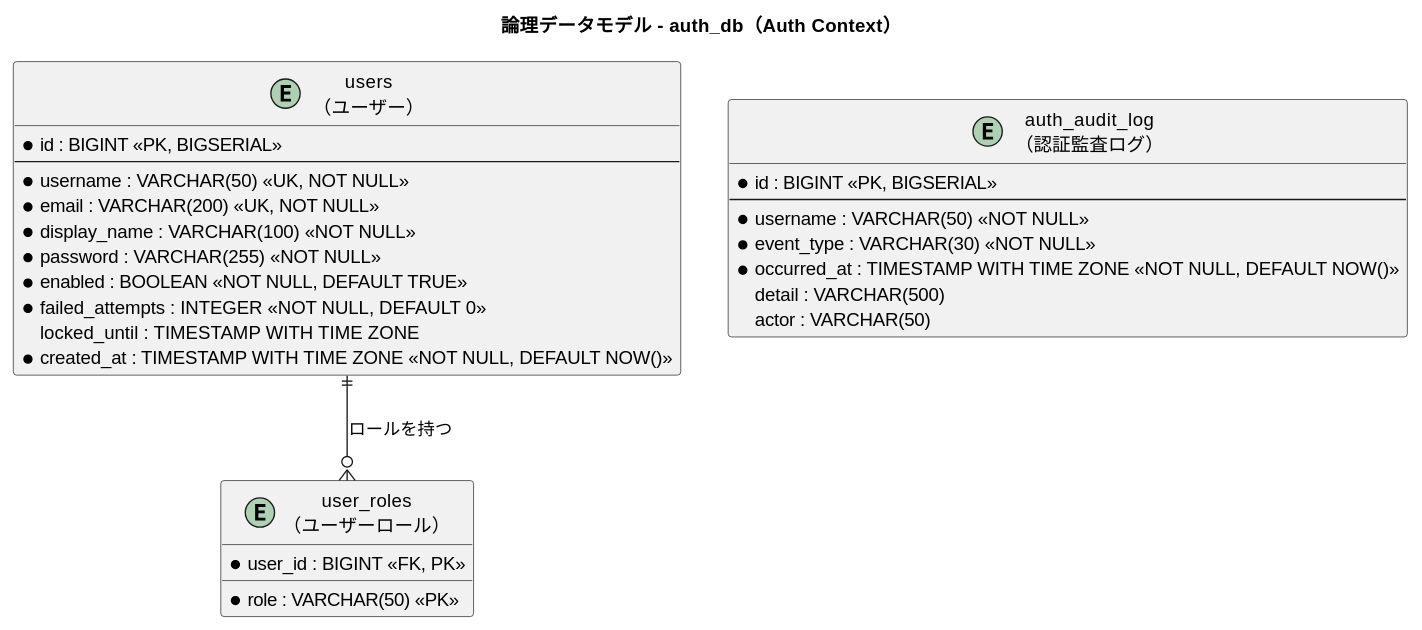
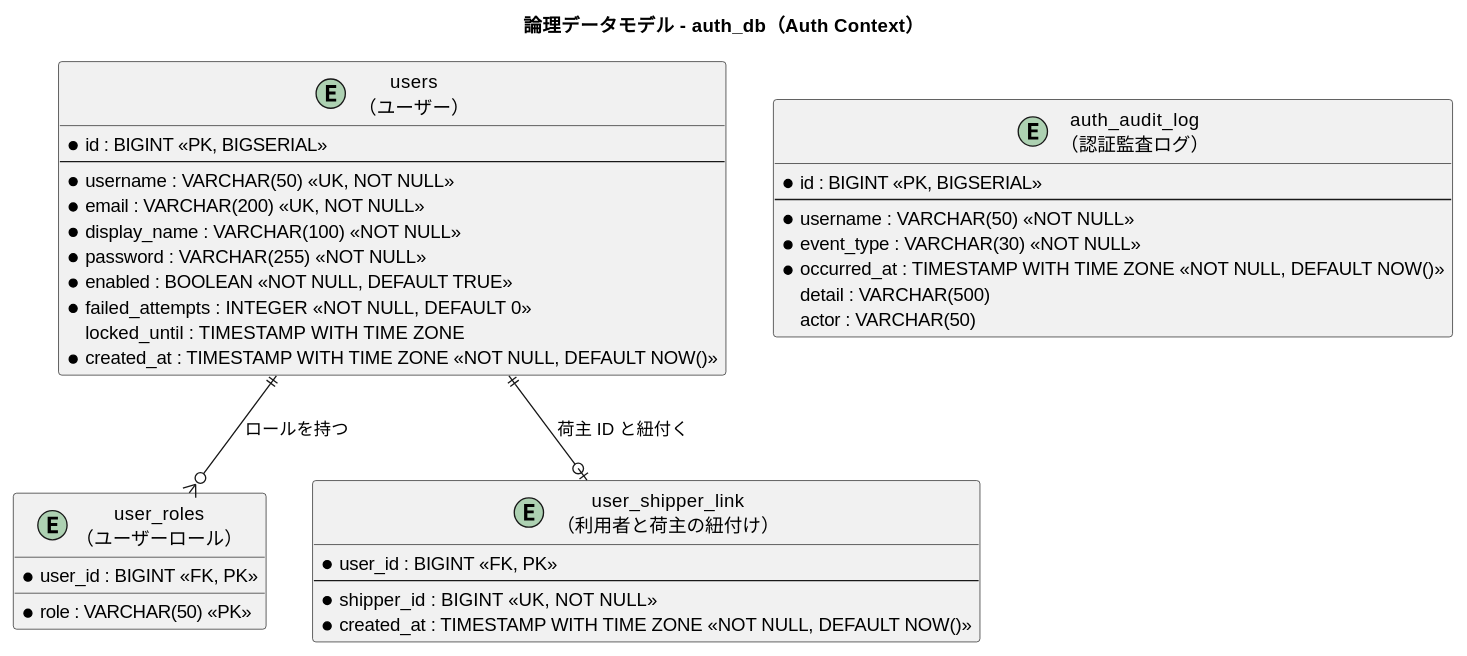
Before and after one commit to k2works/case-study-cargo-tracker: the second of 7 diagrams in docs/design/data-model.md, drawn with PlantUML. The commit also changed other lines of this file and 2 other files, not shown here.

````diff
--- a/docs/design/data-model.md
+++ b/docs/design/data-model.md
@@ -337,36 +345,44 @@
 ```plantuml
 @startuml
 title 論理データモデル - auth_db（Auth Context）
 
 entity "users\n（ユーザー）" as users {
   * id : BIGINT <<PK, BIGSERIAL>>
   --
   * username : VARCHAR(50) <<UK, NOT NULL>>
   * email : VARCHAR(200) <<UK, NOT NULL>>
   * display_name : VARCHAR(100) <<NOT NULL>>
   * password : VARCHAR(255) <<NOT NULL>>
   * enabled : BOOLEAN <<NOT NULL, DEFAULT TRUE>>
   * failed_attempts : INTEGER <<NOT NULL, DEFAULT 0>>
   locked_until : TIMESTAMP WITH TIME ZONE
   * created_at : TIMESTAMP WITH TIME ZONE <<NOT NULL, DEFAULT NOW()>>
 }
 
 entity "user_roles\n（ユーザーロール）" as user_roles {
   * user_id : BIGINT <<FK, PK>>
   * role : VARCHAR(50) <<PK>>
 }
 
 entity "auth_audit_log\n（認証監査ログ）" as auth_audit_log {
   * id : BIGINT <<PK, BIGSERIAL>>
   --
   * username : VARCHAR(50) <<NOT NULL>>
   * event_type : VARCHAR(30) <<NOT NULL>>
   * occurred_at : TIMESTAMP WITH TIME ZONE <<NOT NULL, DEFAULT NOW()>>
   detail : VARCHAR(500)
   actor : VARCHAR(50)
 }
 
+entity "user_shipper_link\n（利用者と荷主の紐付け）" as user_shipper_link {
+  * user_id : BIGINT <<FK, PK>>
+  --
+  * shipper_id : BIGINT <<UK, NOT NULL>>
+  * created_at : TIMESTAMP WITH TIME ZONE <<NOT NULL, DEFAULT NOW()>>
+}
+
 users ||--o{ user_roles : "ロールを持つ"
+users ||--o| user_shipper_link : "荷主 ID と紐付く"
 
 @enduml
 ```
````
